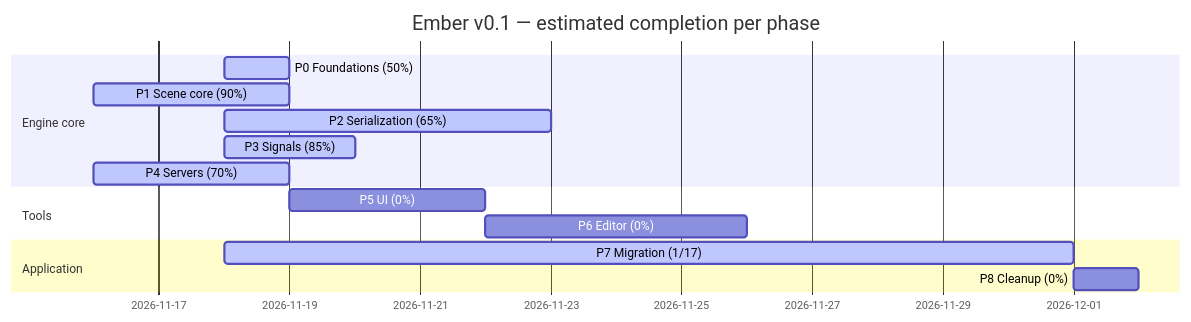
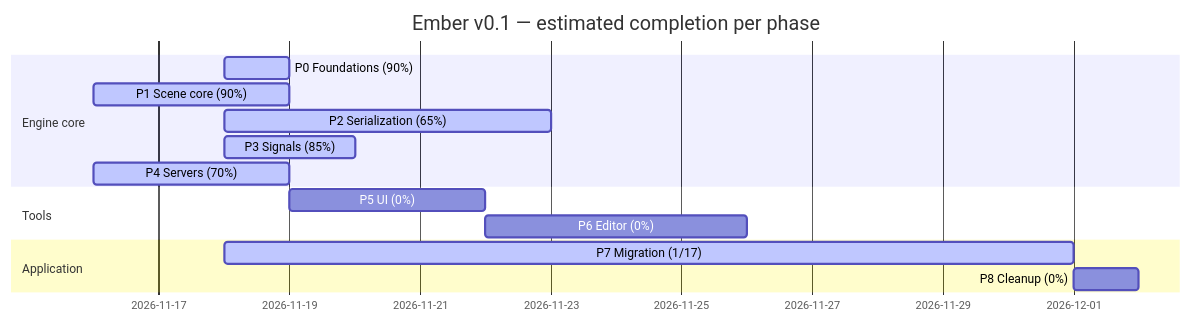
The diagram in ember-vault/60 Progress/Roadmap Tracker.md (titouanthd/ember), drawn with Mermaid before and after one commit. The commit also changed other lines of this file and 9 other files, not shown here.

````diff
--- a/ember-vault/60 Progress/Roadmap Tracker.md
+++ b/ember-vault/60 Progress/Roadmap Tracker.md
@@ -11,17 +11,17 @@
 ```mermaid
 gantt
   dateFormat YYYY-MM-DD
   title Ember v0.1 — estimated completion per phase
   section Engine core
-  P0 Foundations (50%)   :active, p0, 2026-11-18, 1d
+  P0 Foundations (90%)   :active, p0, 2026-11-18, 1d
   P1 Scene core (90%)    :active, p1, 2026-11-16, 3d
   P2 Serialization (65%) :active, p2, 2026-11-18, 5d
   P3 Signals (85%)       :active, p3, 2026-11-18, 2d
   P4 Servers (70%)       :active, p4, 2026-11-16, 3d
   section Tools
   P5 UI (0%)             :p5, after p4, 3d
   P6 Editor (0%)         :p6, after p5, 4d
   section Application
   P7 Migration (1/17)    :active, p7, 2026-11-18, 13d
   P8 Cleanup (0%)        :p8, after p7, 1d
 ```
````
